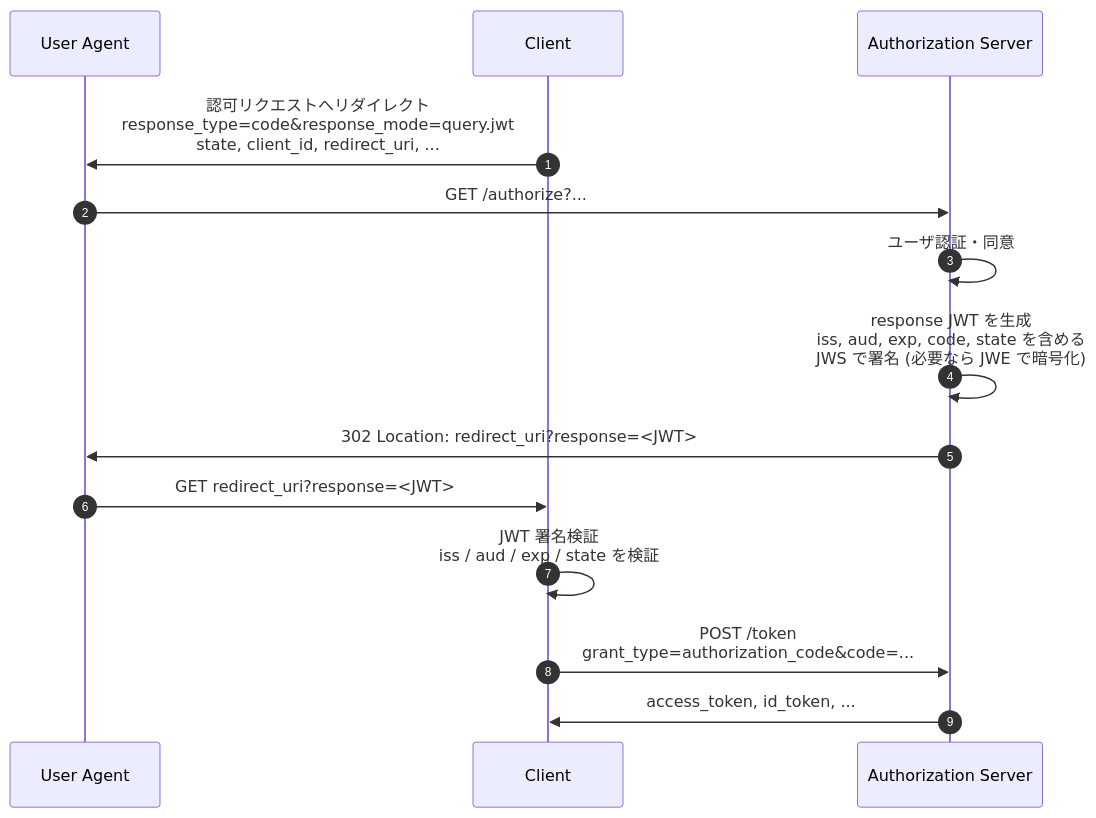
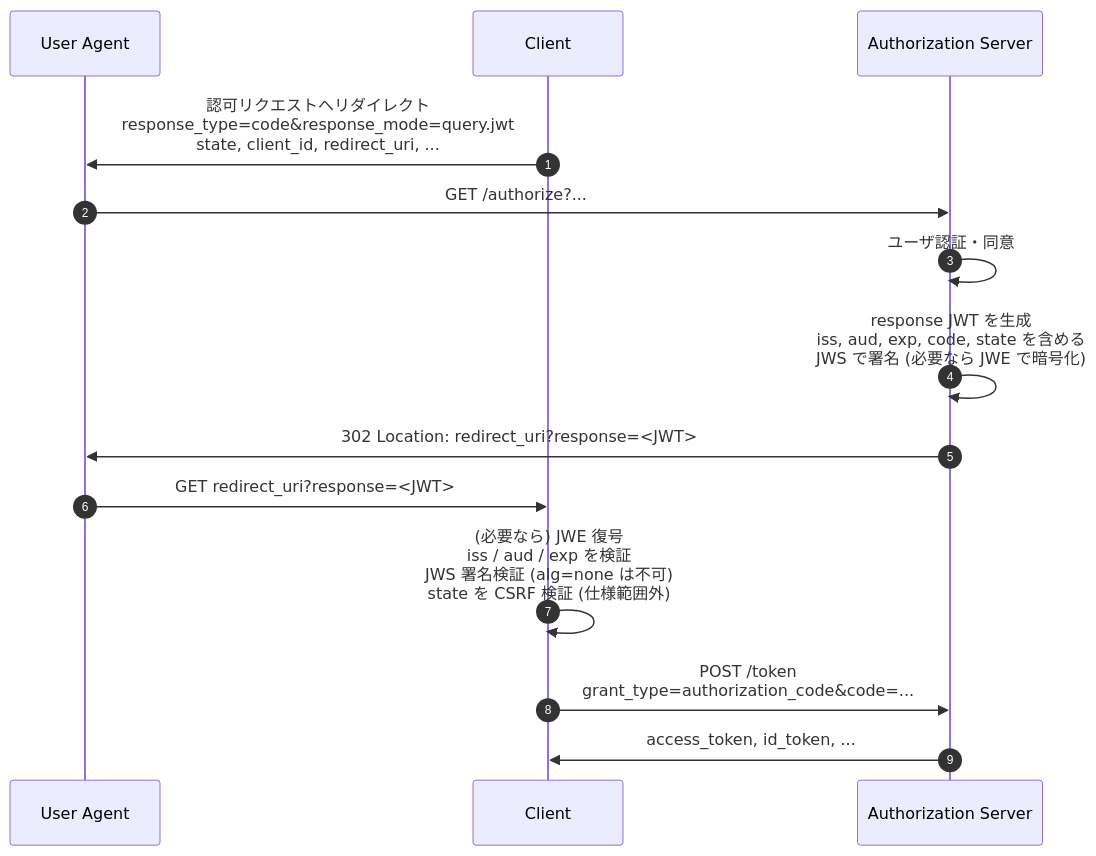
Before and after one commit to nbifrye/idbok: the diagram in docs/specs/oauth-v2-jarm.md, drawn with Mermaid. The commit also changed other lines of this file, not shown here.

````diff
--- a/docs/specs/oauth-v2-jarm.md
+++ b/docs/specs/oauth-v2-jarm.md
@@ -64,17 +65,17 @@
 ```mermaid
 sequenceDiagram
     autonumber
     participant U as User Agent
     participant C as Client
     participant AS as Authorization Server
 
     C->>U: 認可リクエストへリダイレクト<br/>response_type=code&response_mode=query.jwt<br/>state, client_id, redirect_uri, ...
     U->>AS: GET /authorize?...
     AS->>AS: ユーザ認証・同意
     AS->>AS: response JWT を生成<br/>iss, aud, exp, code, state を含める<br/>JWS で署名 (必要なら JWE で暗号化)
     AS->>U: 302 Location: redirect_uri?response=<JWT>
     U->>C: GET redirect_uri?response=<JWT>
-    C->>C: JWT 署名検証<br/>iss / aud / exp / state を検証
+    C->>C: (必要なら) JWE 復号<br/>iss / aud / exp を検証<br/>JWS 署名検証 (alg=none は不可)<br/>state を CSRF 検証 (仕様範囲外)
     C->>AS: POST /token<br/>grant_type=authorization_code&code=...
     AS->>C: access_token, id_token, ...
 ```
````
